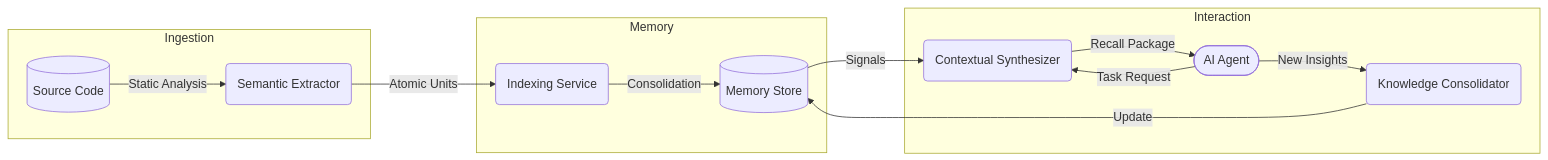
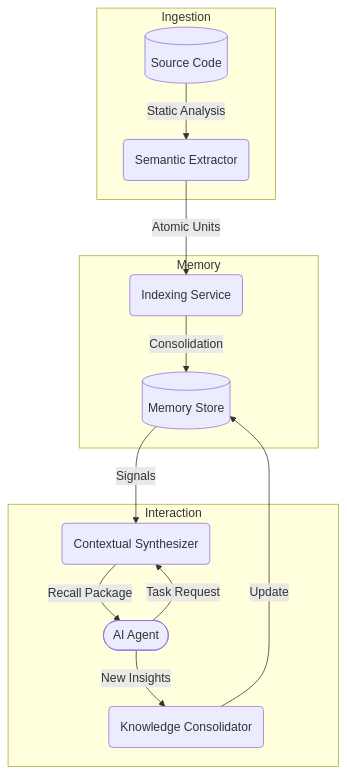
One commit to konteks/cli changed the second of 2 diagrams in docs/core-concepts/overview.md. Above: the diagram before and after it, drawn with Mermaid. The commit also changed 4 other files, not shown here.

````diff
--- a/docs/core-concepts/overview.md
+++ b/docs/core-concepts/overview.md
@@ -48,19 +48,19 @@
 ```mermaid
-graph LR
+graph TD
     subgraph Ingestion
     Code[(Source Code)] -- "Static Analysis" --> Extractor(Semantic Extractor)
     end
 
     subgraph Memory
     Extractor -- "Atomic Units" --> Indexer(Indexing Service)
     Indexer -- "Consolidation" --> Store[(Memory Store)]
     end
 
     subgraph Interaction
     Store -- "Signals" --> Synthesizer(Contextual Synthesizer)
     Agent([AI Agent]) -- "Task Request" --> Synthesizer
     Synthesizer -- "Recall Package" --> Agent
     Agent -- "New Insights" --> Consolidator(Knowledge Consolidator)
     Consolidator -- "Update" --> Store
     end
 ```
````
